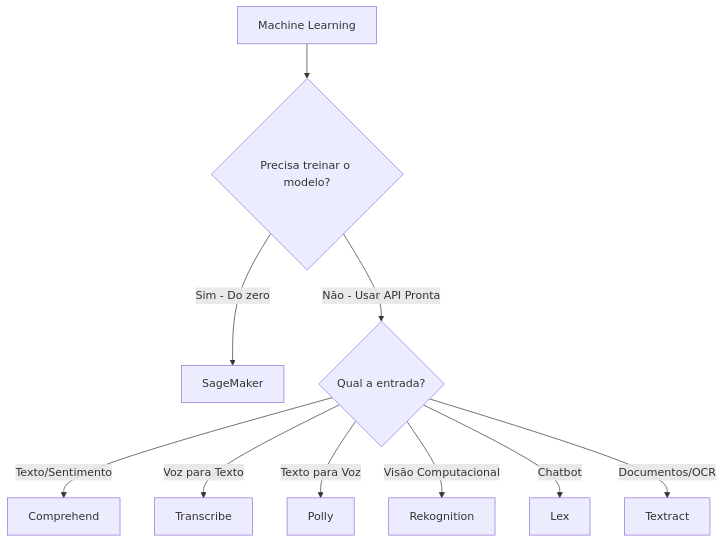
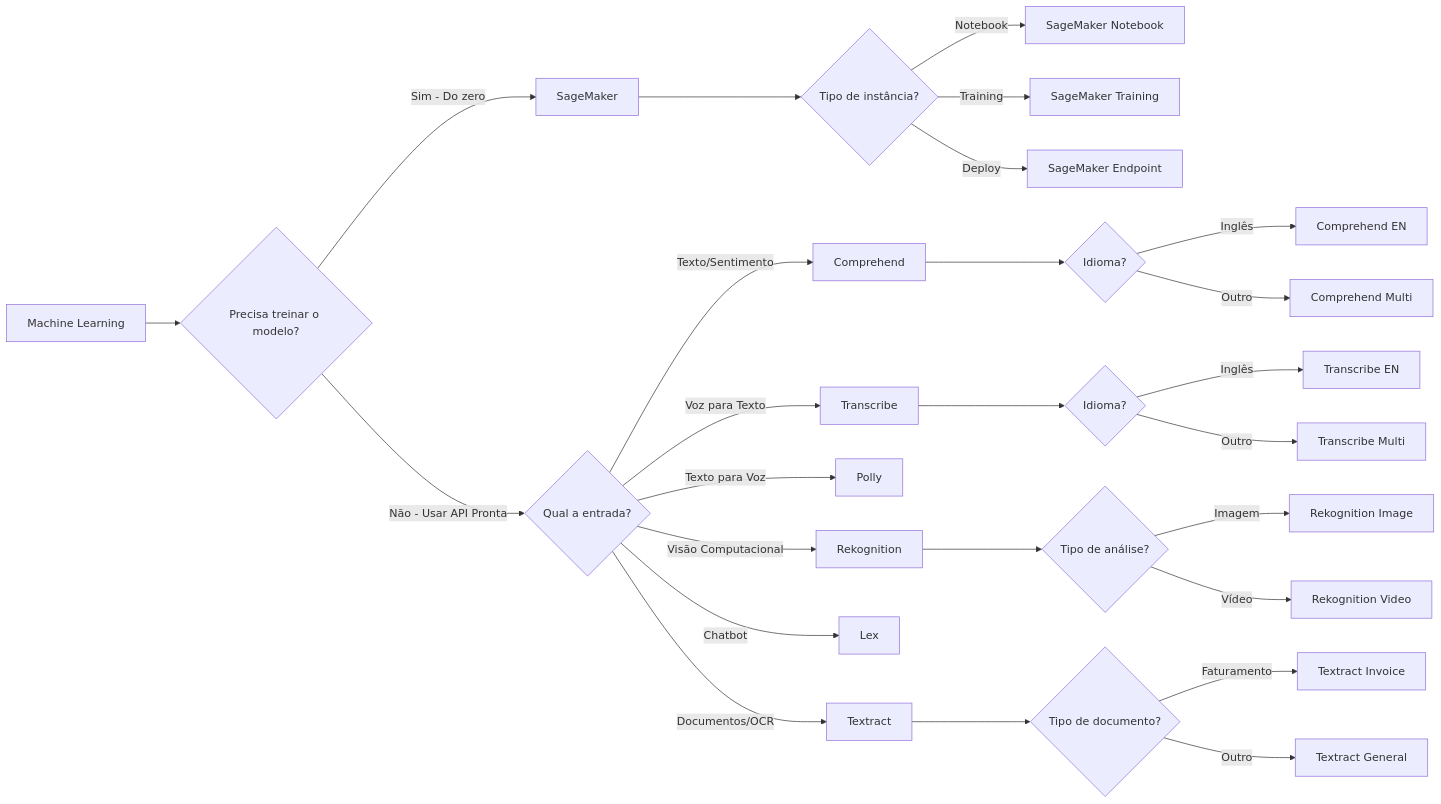
One commit to marcelooliveira/flashcards-aws changed the seventh of 10 diagrams in minimal/decision-trees-aws-services.md. Above: the diagram before and after it, drawn with Mermaid. The commit also changed other lines of this file and 11 other files, not shown here.

````diff
--- a/minimal/decision-trees-aws-services.md
+++ b/minimal/decision-trees-aws-services.md
@@ -87,12 +185,28 @@
 ```mermaid
-graph TD
+graph LR
     A[Machine Learning] --> B{Precisa treinar o modelo?}
     B -- Sim - Do zero --> C[SageMaker]
+    C --> C1{Tipo de instância?}
+    C1 -- Notebook --> C2[SageMaker Notebook]
+    C1 -- Training --> C3[SageMaker Training]
+    C1 -- Deploy --> C4[SageMaker Endpoint]
     B -- Não - Usar API Pronta --> D{Qual a entrada?}
     D -- Texto/Sentimento --> E[Comprehend]
+    E --> E1{Idioma?}
+    E1 -- Inglês --> E2[Comprehend EN]
+    E1 -- Outro --> E3[Comprehend Multi]
     D -- Voz para Texto --> F[Transcribe]
+    F --> F1{Idioma?}
+    F1 -- Inglês --> F2[Transcribe EN]
+    F1 -- Outro --> F3[Transcribe Multi]
     D -- Texto para Voz --> G[Polly]
     D -- Visão Computacional --> H[Rekognition]
+    H --> H1{Tipo de análise?}
+    H1 -- Imagem --> H2[Rekognition Image]
+    H1 -- Vídeo --> H3[Rekognition Video]
     D -- Chatbot --> I[Lex]
     D -- Documentos/OCR --> J[Textract]
+    J --> J1{Tipo de documento?}
+    J1 -- Faturamento --> J2[Textract Invoice]
+    J1 -- Outro --> J3[Textract General]
 ```
````
